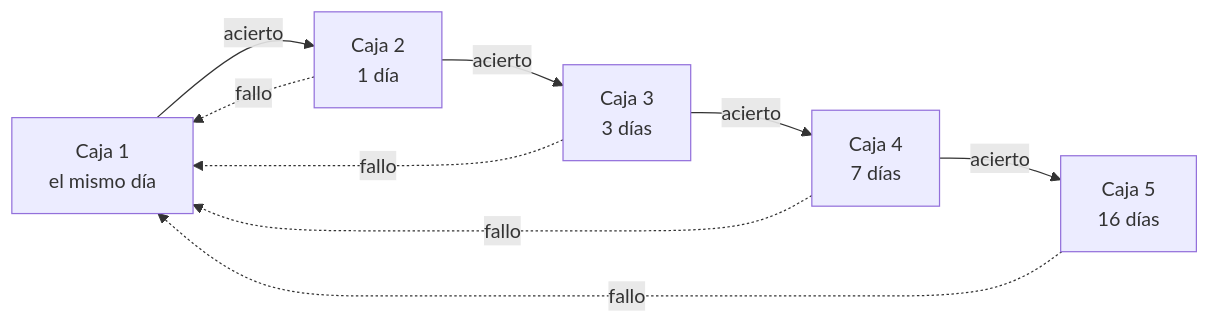
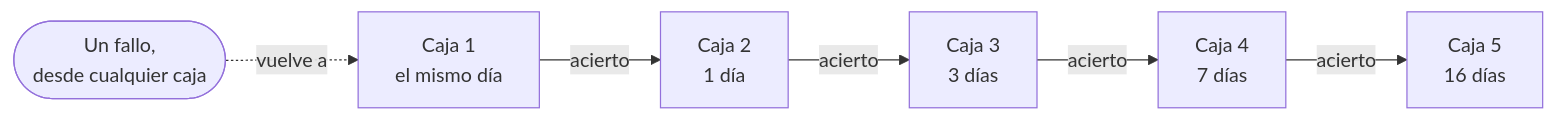
The diagram in README.es.md (Palak-crafts/repaso), drawn with Mermaid before and after one commit. The commit also changed 1 other file, not shown here.

Commit message:
README: simpler diagram for the review boxes

````diff
--- a/README.es.md
+++ b/README.es.md
@@ -80,11 +80,8 @@
 ```mermaid
 flowchart LR
+  M(["Un fallo,<br/>desde cualquier caja"]) -.->|vuelve a| B1
   B1["Caja 1<br/>el mismo día"] -->|acierto| B2["Caja 2<br/>1 día"]
   B2 -->|acierto| B3["Caja 3<br/>3 días"]
   B3 -->|acierto| B4["Caja 4<br/>7 días"]
   B4 -->|acierto| B5["Caja 5<br/>16 días"]
-  B2 -.->|fallo| B1
-  B3 -.->|fallo| B1
-  B4 -.->|fallo| B1
-  B5 -.->|fallo| B1
 ```
````
